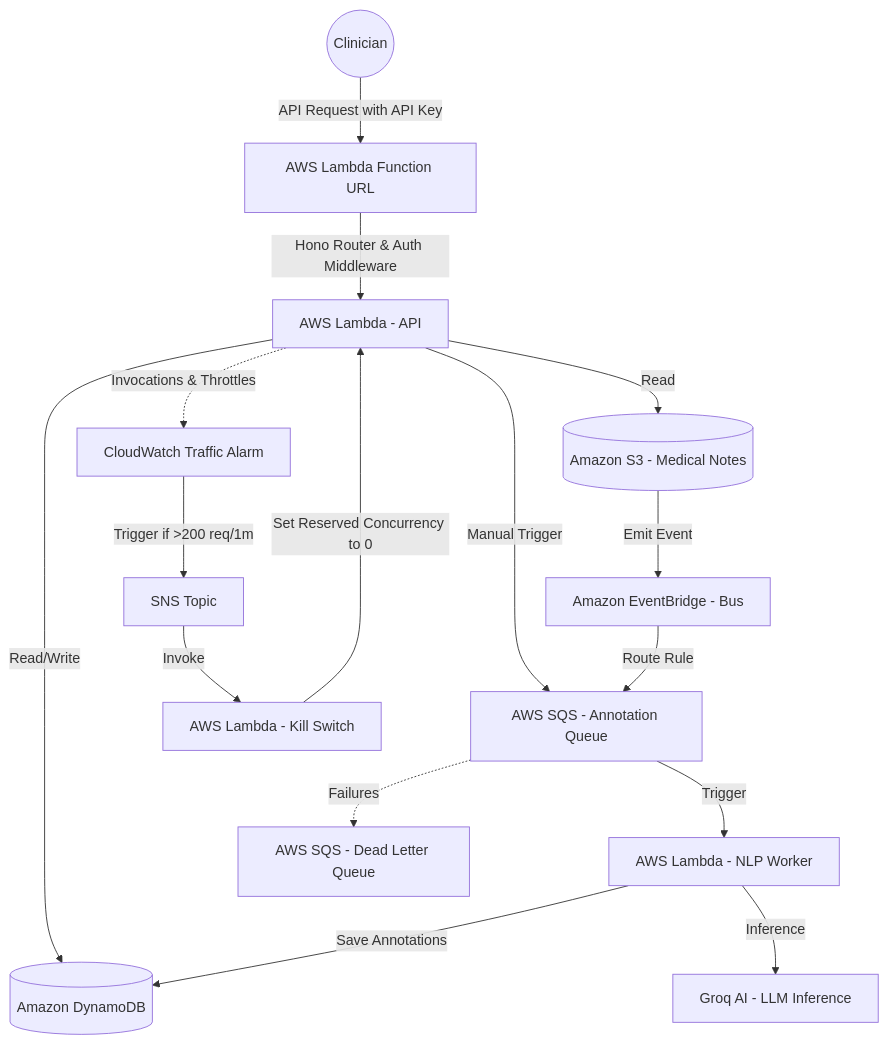
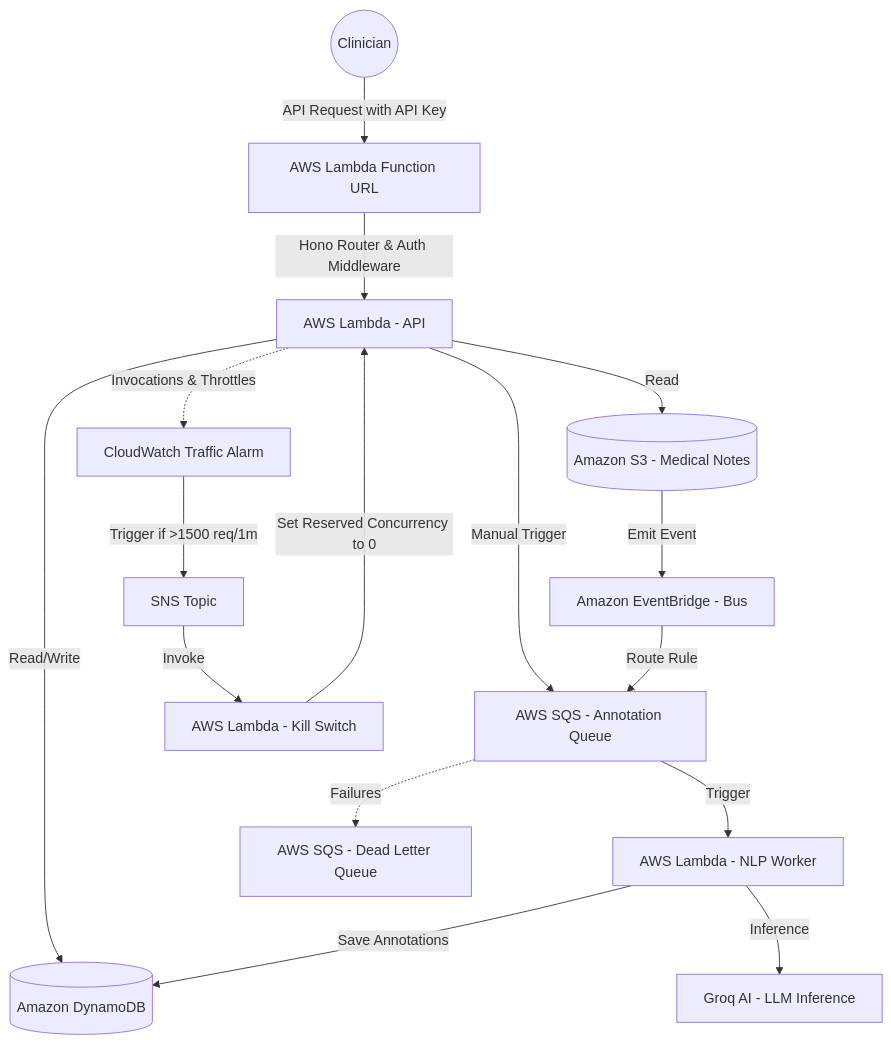
The diagram in README.md (harsh-vardhhan/EHR-backend), drawn with Mermaid before and after one commit. The commit also changed other lines of this file, not shown here.

````diff
--- a/README.md
+++ b/README.md
@@ -26,22 +26,22 @@
 ```mermaid
 graph TD
     User((Clinician)) -->|API Request with API Key| LambdaURL[AWS Lambda Function URL]
     LambdaURL -->|Hono Router & Auth Middleware| LambdaAPI[AWS Lambda - API]
     LambdaAPI -->|Read/Write| DynamoDB[(Amazon DynamoDB)]
     LambdaAPI -->|Read| S3[(Amazon S3 - Medical Notes)]
     LambdaAPI -->|Manual Trigger| SQS[AWS SQS - Annotation Queue]
 
     S3 -->|Emit Event| EB[Amazon EventBridge - Bus]
     EB -->|Route Rule| SQS[AWS SQS - Annotation Queue]
     SQS -->|Trigger| LambdaWorker[AWS Lambda - NLP Worker]
     SQS -.->|Failures| DLQ[AWS SQS - Dead Letter Queue]
     
     LambdaWorker -->|Inference| Groq[Groq AI - LLM Inference]
     LambdaWorker -->|Save Annotations| DynamoDB
 
     %% DDoS Protection
     LambdaAPI -.->|Invocations & Throttles| CWAlarm[CloudWatch Traffic Alarm]
-    CWAlarm -->|Trigger if >200 req/1m| SNS[SNS Topic]
+    CWAlarm -->|Trigger if >1500 req/1m| SNS[SNS Topic]
     SNS -->|Invoke| LambdaKillSwitch[AWS Lambda - Kill Switch]
     LambdaKillSwitch -->|Set Reserved Concurrency to 0| LambdaAPI
 ```
````
